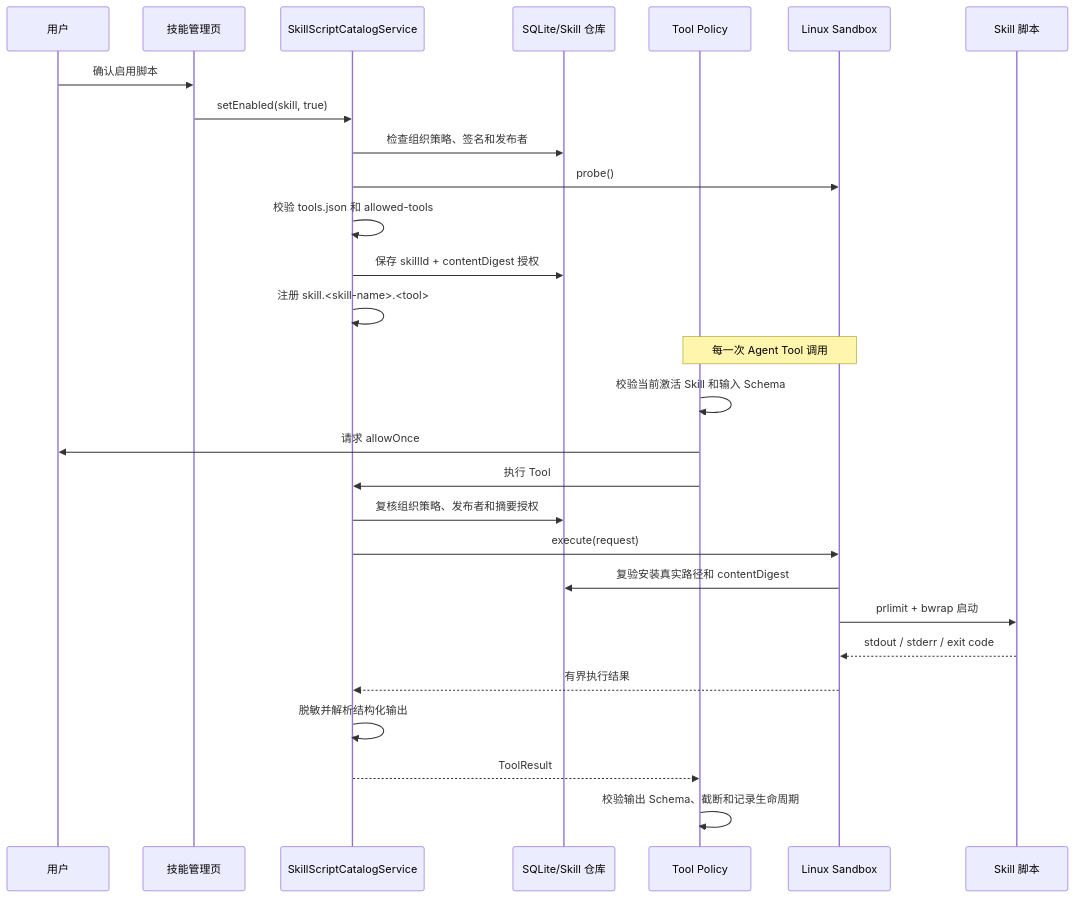
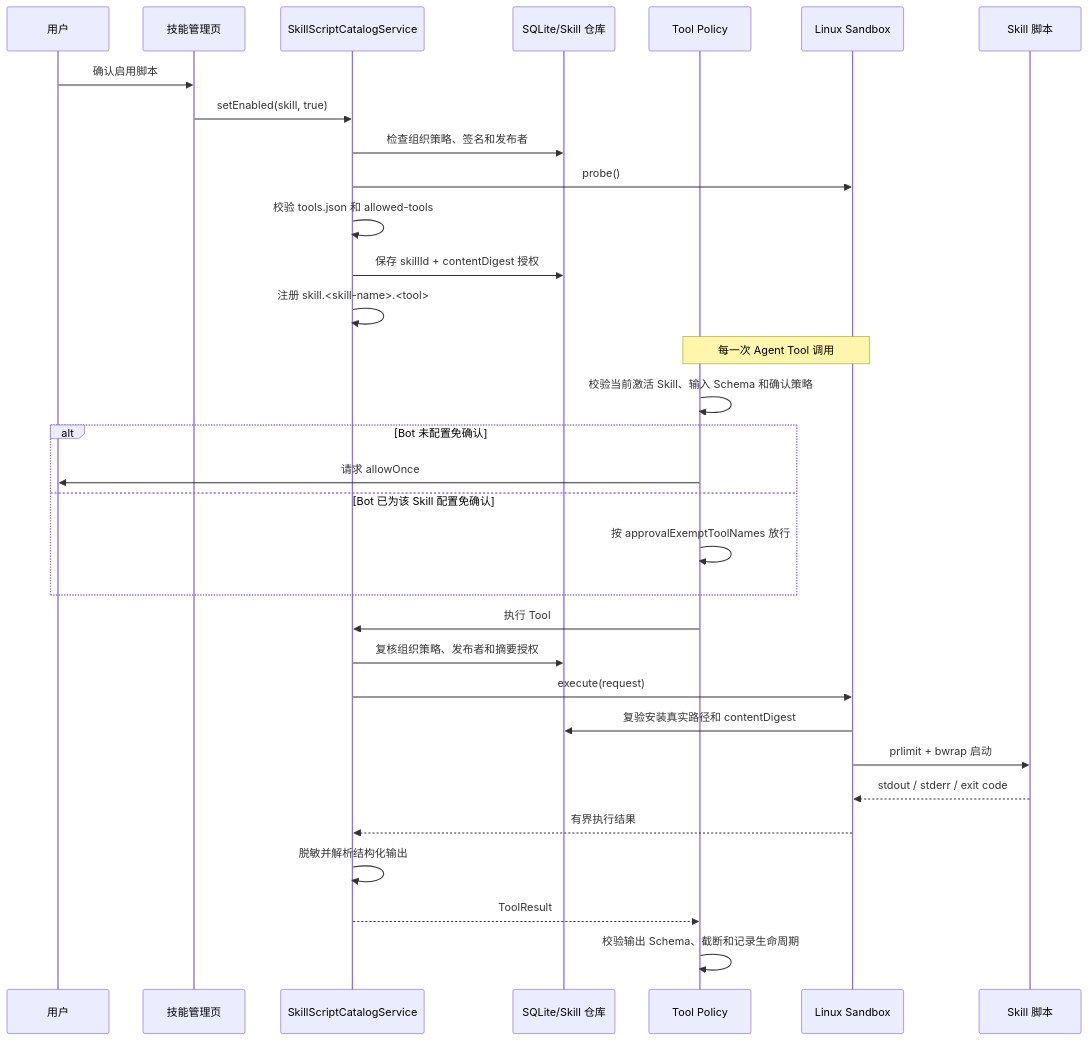
Before and after one commit to locallocal/stars: the diagram in docs/reference/skill-script-sandbox.md, drawn with Mermaid. The commit also changed other lines of this file and 4 other files, not shown here.

````diff
--- a/docs/reference/skill-script-sandbox.md
+++ b/docs/reference/skill-script-sandbox.md
@@ -89,32 +89,36 @@
 ```mermaid
 sequenceDiagram
     participant U as 用户
     participant UI as 技能管理页
     participant C as SkillScriptCatalogService
     participant R as SQLite/Skill 仓库
     participant T as Tool Policy
     participant S as Linux Sandbox
     participant P as Skill 脚本
 
     U->>UI: 确认启用脚本
     UI->>C: setEnabled(skill, true)
     C->>R: 检查组织策略、签名和发布者
     C->>S: probe()
     C->>C: 校验 tools.json 和 allowed-tools
     C->>R: 保存 skillId + contentDigest 授权
     C->>C: 注册 skill.<skill-name>.<tool>
 
     Note over T,S: 每一次 Agent Tool 调用
-    T->>T: 校验当前激活 Skill 和输入 Schema
-    T->>U: 请求 allowOnce
+    T->>T: 校验当前激活 Skill、输入 Schema 和确认策略
+    alt Bot 未配置免确认
+        T->>U: 请求 allowOnce
+    else Bot 已为该 Skill 配置免确认
+        T->>T: 按 approvalExemptToolNames 放行
+    end
     T->>C: 执行 Tool
     C->>R: 复核组织策略、发布者和摘要授权
     C->>S: execute(request)
     S->>R: 复验安装真实路径和 contentDigest
     S->>P: prlimit + bwrap 启动
     P-->>S: stdout / stderr / exit code
     S-->>C: 有界执行结果
     C->>C: 脱敏并解析结构化输出
     C-->>T: ToolResult
     T->>T: 校验输出 Schema、截断和记录生命周期
 ```
````
